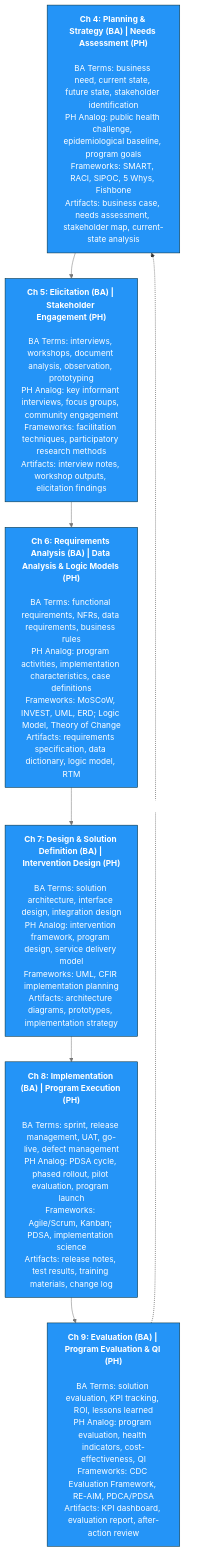
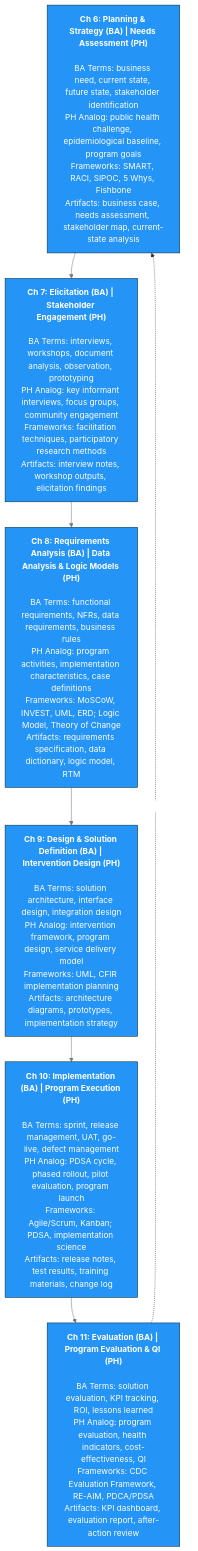
The first of 2 diagrams in chapters/03-terminology.qmd (andre-inter-collab-llc/Bridgeframe-Toolkit), drawn with Mermaid before and after one commit. The commit also changed 15 other files, not shown here.

````diff
--- a/chapters/03-terminology.qmd
+++ b/chapters/03-terminology.qmd
@@ -24,27 +24,27 @@
 ```{mermaid}
 %%| label: fig-ba-ph-process
 %%| fig-cap: "Business Analyst Process Mapped to Public Health Analyst Workflow"
 %%| fig-width: 10
 %%{init: {'theme': 'base', 'themeVariables': { 'primaryColor': '#2494f7', 'primaryTextColor': '#ffffff', 'primaryBorderColor': '#01272f', 'lineColor': '#777777', 'secondaryColor': '#00a4bb', 'tertiaryColor': '#01272f', 'edgeLabelBackground': '#ffffff'}}}%%
 flowchart TB
-    P1["<b>Ch 4: Planning & Strategy (BA) | Needs Assessment (PH)</b><br/><br/>BA Terms: business need, current state, future state, stakeholder identification<br/>PH Analog: public health challenge, epidemiological baseline, program goals<br/>Frameworks: SMART, RACI, SIPOC, 5 Whys, Fishbone<br/>Artifacts: business case, needs assessment, stakeholder map, current-state analysis"]
+    P1["<b>Ch 6: Planning & Strategy (BA) | Needs Assessment (PH)</b><br/><br/>BA Terms: business need, current state, future state, stakeholder identification<br/>PH Analog: public health challenge, epidemiological baseline, program goals<br/>Frameworks: SMART, RACI, SIPOC, 5 Whys, Fishbone<br/>Artifacts: business case, needs assessment, stakeholder map, current-state analysis"]
 
-    P2["<b>Ch 5: Elicitation (BA) | Stakeholder Engagement (PH)</b><br/><br/>BA Terms: interviews, workshops, document analysis, observation, prototyping<br/>PH Analog: key informant interviews, focus groups, community engagement<br/>Frameworks: facilitation techniques, participatory research methods<br/>Artifacts: interview notes, workshop outputs, elicitation findings"]
+    P2["<b>Ch 7: Elicitation (BA) | Stakeholder Engagement (PH)</b><br/><br/>BA Terms: interviews, workshops, document analysis, observation, prototyping<br/>PH Analog: key informant interviews, focus groups, community engagement<br/>Frameworks: facilitation techniques, participatory research methods<br/>Artifacts: interview notes, workshop outputs, elicitation findings"]
 
-    P3["<b>Ch 6: Requirements Analysis (BA) | Data Analysis & Logic Models (PH)</b><br/><br/>BA Terms: functional requirements, NFRs, data requirements, business rules<br/>PH Analog: program activities, implementation characteristics, case definitions<br/>Frameworks: MoSCoW, INVEST, UML, ERD; Logic Model, Theory of Change<br/>Artifacts: requirements specification, data dictionary, logic model, RTM"]
+    P3["<b>Ch 8: Requirements Analysis (BA) | Data Analysis & Logic Models (PH)</b><br/><br/>BA Terms: functional requirements, NFRs, data requirements, business rules<br/>PH Analog: program activities, implementation characteristics, case definitions<br/>Frameworks: MoSCoW, INVEST, UML, ERD; Logic Model, Theory of Change<br/>Artifacts: requirements specification, data dictionary, logic model, RTM"]
 
-    P4["<b>Ch 7: Design & Solution Definition (BA) | Intervention Design (PH)</b><br/><br/>BA Terms: solution architecture, interface design, integration design<br/>PH Analog: intervention framework, program design, service delivery model<br/>Frameworks: UML, CFIR implementation planning<br/>Artifacts: architecture diagrams, prototypes, implementation strategy"]
+    P4["<b>Ch 9: Design & Solution Definition (BA) | Intervention Design (PH)</b><br/><br/>BA Terms: solution architecture, interface design, integration design<br/>PH Analog: intervention framework, program design, service delivery model<br/>Frameworks: UML, CFIR implementation planning<br/>Artifacts: architecture diagrams, prototypes, implementation strategy"]
 
-    P5["<b>Ch 8: Implementation (BA) | Program Execution (PH)</b><br/><br/>BA Terms: sprint, release management, UAT, go-live, defect management<br/>PH Analog: PDSA cycle, phased rollout, pilot evaluation, program launch<br/>Frameworks: Agile/Scrum, Kanban; PDSA, implementation science<br/>Artifacts: release notes, test results, training materials, change log"]
+    P5["<b>Ch 10: Implementation (BA) | Program Execution (PH)</b><br/><br/>BA Terms: sprint, release management, UAT, go-live, defect management<br/>PH Analog: PDSA cycle, phased rollout, pilot evaluation, program launch<br/>Frameworks: Agile/Scrum, Kanban; PDSA, implementation science<br/>Artifacts: release notes, test results, training materials, change log"]
 
-    P6["<b>Ch 9: Evaluation (BA) | Program Evaluation & QI (PH)</b><br/><br/>BA Terms: solution evaluation, KPI tracking, ROI, lessons learned<br/>PH Analog: program evaluation, health indicators, cost-effectiveness, QI<br/>Frameworks: CDC Evaluation Framework, RE-AIM, PDCA/PDSA<br/>Artifacts: KPI dashboard, evaluation report, after-action review"]
+    P6["<b>Ch 11: Evaluation (BA) | Program Evaluation & QI (PH)</b><br/><br/>BA Terms: solution evaluation, KPI tracking, ROI, lessons learned<br/>PH Analog: program evaluation, health indicators, cost-effectiveness, QI<br/>Frameworks: CDC Evaluation Framework, RE-AIM, PDCA/PDSA<br/>Artifacts: KPI dashboard, evaluation report, after-action review"]
 
     P1 --> P2
     P2 --> P3
     P3 --> P4
     P4 --> P5
     P5 --> P6
     P6 -.->|"Iterate and Improve"| P1
 
     linkStyle 5 stroke:#333333
 ```
````
